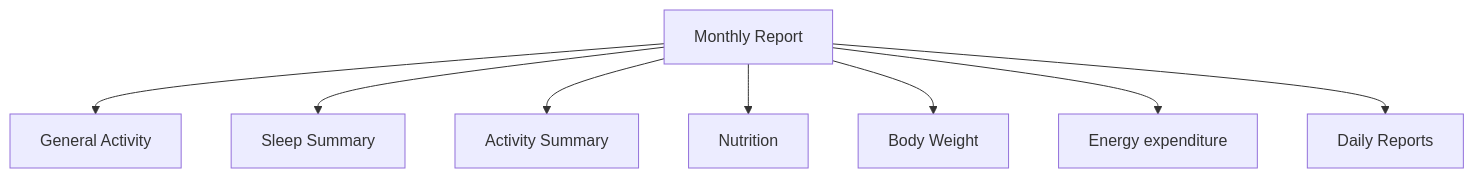
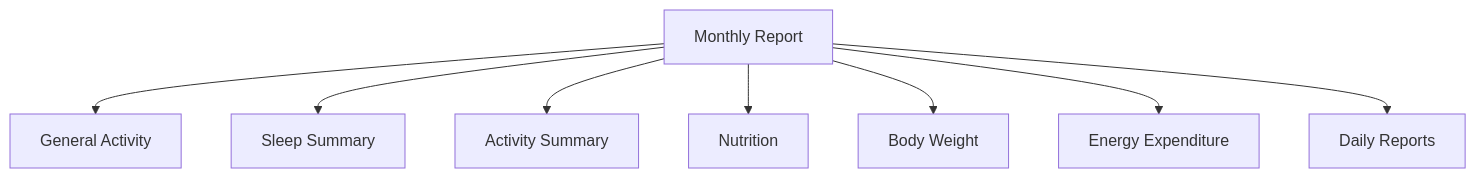
One commit to MateuszMocarski/AppleHealthMonitorAnalyzer changed the third of 4 diagrams in README.md. Above: the diagram before and after it, drawn with Mermaid. The commit also changed other lines of this file, not shown here.

````diff
--- a/README.md
+++ b/README.md
@@ -300,22 +293,21 @@
 ```mermaid
 flowchart TD
 
-    A["Monthly Report"]
-    B["General Activity"]
-    C["Sleep Summary"]
-    D["Activity Summary"]
+    A["Monthly Report"]
+    B["General Activity"]
+    C["Sleep Summary"]
+    D["Activity Summary"]
     E["Nutrition"]
     F["Body Weight"]
-    G["Energy expenditure"]
+    G["Energy Expenditure"]
     H["Daily Reports"]
-    
 
-    A --> B
-    A --> C
-    A --> D
-    A --> E
+    A --> B
+    A --> C
+    A --> D
+    A --> E
     A --> F
     A --> G
     A --> H
 
 ```
````
